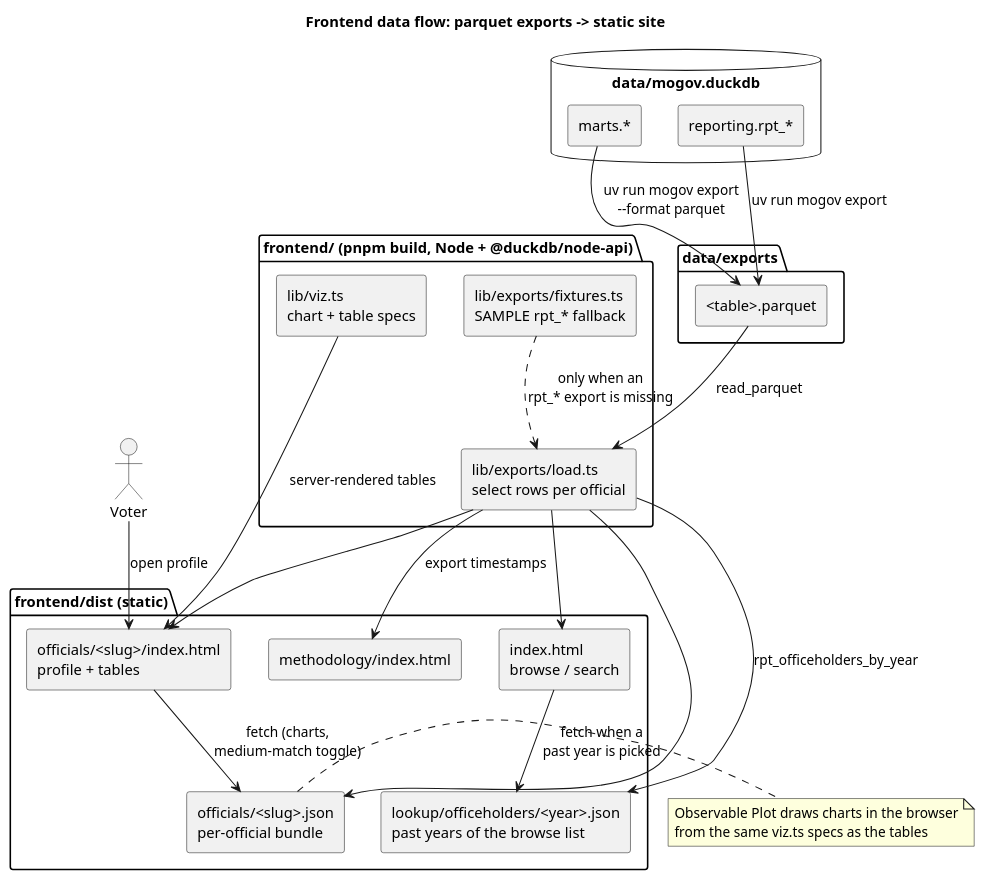
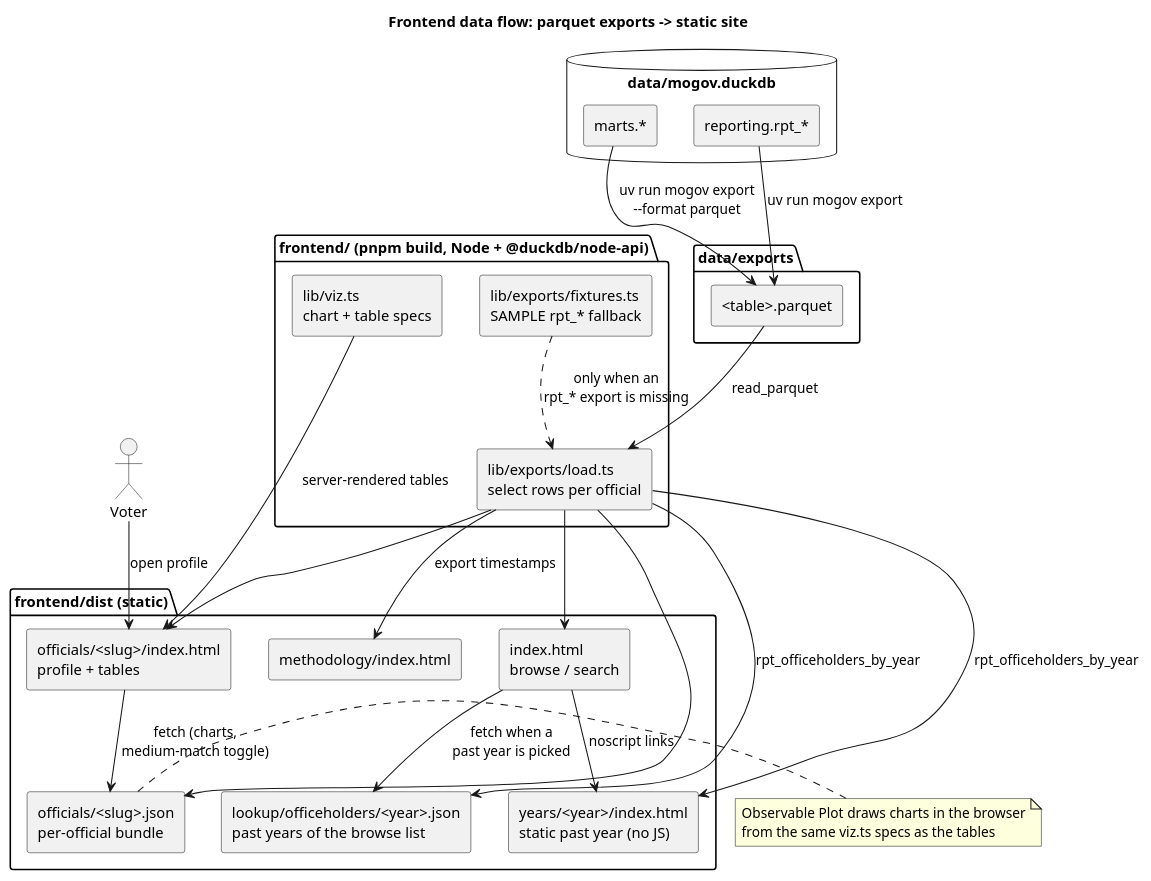
One commit to akettmann/missouri_gov_feed changed the diagram in docs/diagrams/frontend_data_flow.puml. Above: the diagram before and after it, drawn with PlantUML. The commit also changed 5 other files, not shown here.

```diff
--- a/docs/diagrams/frontend_data_flow.puml
+++ b/docs/diagrams/frontend_data_flow.puml
@@ -1,47 +1,50 @@
 @startuml frontend_data_flow
 title Frontend data flow: parquet exports -> static site
 skinparam componentStyle rectangle
 
 database "data/mogov.duckdb" as wh {
   [marts.*] as marts
   [reporting.rpt_*] as rpt
 }
 
 folder "data/exports" as exports {
   [<table>.parquet] as pq
 }
 
 package "frontend/ (pnpm build, Node + @duckdb/node-api)" {
   [lib/exports/load.ts\nselect rows per official] as load
   [lib/exports/fixtures.ts\nSAMPLE rpt_* fallback] as fixtures
   [lib/viz.ts\nchart + table specs] as viz
 }
 
 folder "frontend/dist (static)" as dist {
   [index.html\nbrowse / search] as idx
   [lookup/officeholders/<year>.json\npast years of the browse list] as yearjson
+  [years/<year>/index.html\nstatic past year (no JS)] as yearpage
   [officials/<slug>/index.html\nprofile + tables] as page
   [officials/<slug>.json\nper-official bundle] as json
   [methodology/index.html] as meth
 }
 
 actor Voter as voter
 
 marts --> pq : uv run mogov export\n--format parquet
 rpt --> pq : uv run mogov export
 pq --> load : read_parquet
 fixtures ..> load : only when an\nrpt_* export is missing
 load --> idx
 load --> yearjson : rpt_officeholders_by_year
 idx --> yearjson : fetch when a\npast year is picked
+load --> yearpage : rpt_officeholders_by_year
+idx --> yearpage : noscript links
 load --> page
 load --> json
 load --> meth : export timestamps
 viz --> page : server-rendered tables
 voter --> page : open profile
 page --> json : fetch (charts,\nmedium-match toggle)
 note right of json
   Observable Plot draws charts in the browser
   from the same viz.ts specs as the tables
 end note
 @enduml
```
